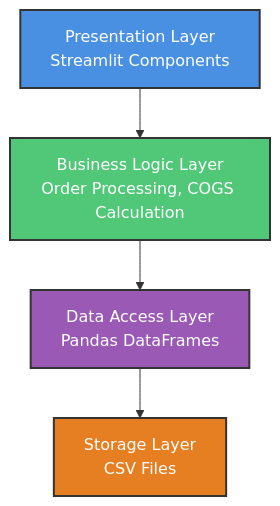
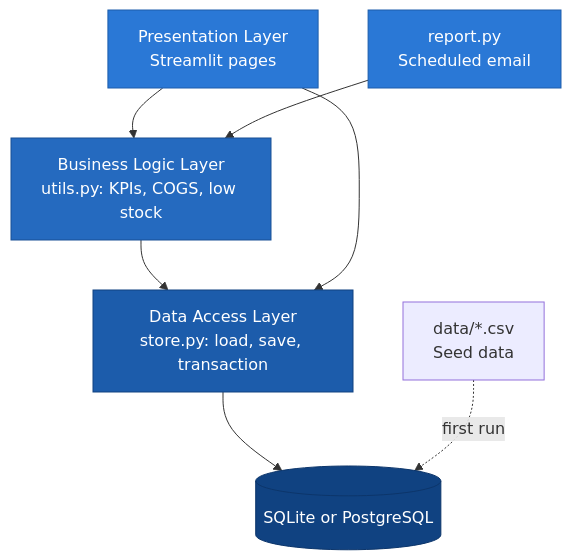
One commit to johnha912/theta-coffee-lab changed the diagram in README.md. Above: the diagram before and after it, drawn with Mermaid. The commit also changed other lines of this file and 32 other files, not shown here.

````diff
--- a/README.md
+++ b/README.md
@@ -51,16 +70,22 @@
 ```mermaid
 graph TB
-    A[Presentation Layer<br/>Streamlit Components]
-    B[Business Logic Layer<br/>Order Processing, COGS Calculation]
-    C[Data Access Layer<br/>Pandas DataFrames]
-    D[Storage Layer<br/>CSV Files]
-    
+    A[Presentation Layer<br/>Streamlit pages]
+    R[report.py<br/>Scheduled email]
+    B[Business Logic Layer<br/>utils.py: KPIs, COGS, low stock]
+    C[Data Access Layer<br/>store.py: load, save, transaction]
+    D[(SQLite or PostgreSQL)]
+    S[data/*.csv<br/>Seed data]
+
     A --> B
+    R --> B
     B --> C
+    A --> C
     C --> D
-    
-    style A fill:#4A90E2,stroke:#333,stroke-width:2px,color:#fff
-    style B fill:#50C878,stroke:#333,stroke-width:2px,color:#fff
-    style C fill:#9B59B6,stroke:#333,stroke-width:2px,color:#fff
-    style D fill:#E67E22,stroke:#333,stroke-width:2px,color:#fff
+    S -. first run .-> D
+
+    style A fill:#2a78d6,stroke:#1c5cab,color:#fff
+    style R fill:#2a78d6,stroke:#1c5cab,color:#fff
+    style B fill:#256abf,stroke:#184f95,color:#fff
+    style C fill:#1c5cab,stroke:#104281,color:#fff
+    style D fill:#104281,stroke:#0d366b,color:#fff
 ```
````
